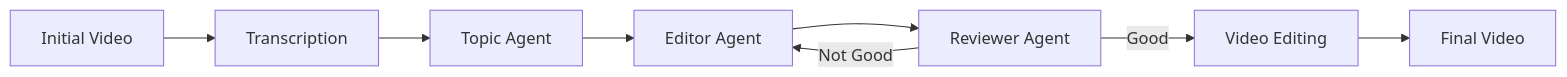
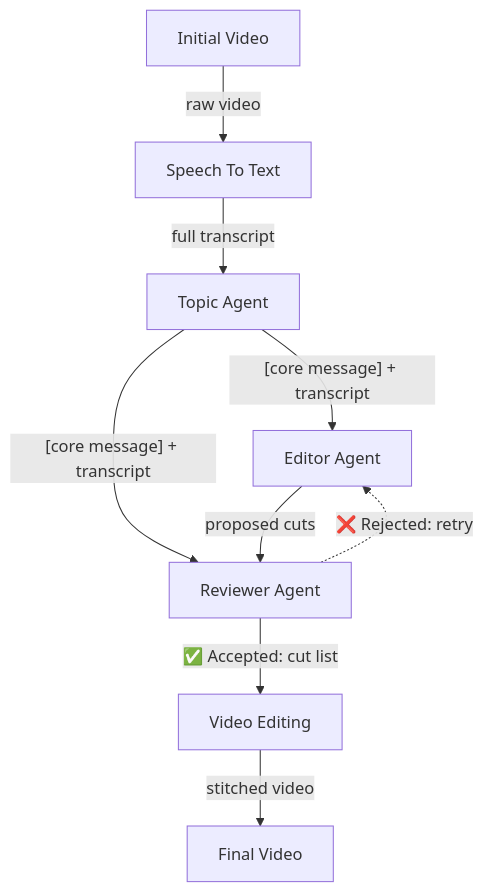
One commit to StefanoPetrilli/golb changed the second of 2 diagrams in _posts/2026-5-23-building-ai-workflows.md. Above: the diagram before and after it, drawn with Mermaid. The commit also changed other lines of this file and 56 other files, not shown here.

````diff
--- a/_posts/2026-5-23-building-ai-workflows.md
+++ b/_posts/2026-5-23-building-ai-workflows.md
@@ -100,10 +101,11 @@
 ```mermaid
-graph LR
-    A[Initial Video] --> B[Transcription]
-    B --> C[Topic Agent]
-    C --> D[Editor Agent]
-    D --> E[Reviewer Agent]
-    E -->|Not Good| D
-    E -->|Good| F[Video Editing]
-    F --> G[Final Video]
+graph TD
+    A[Initial Video] -->|"raw video"| B[Speech To Text]
+    B -->|"full transcript"| C[Topic Agent]
+    C -->|"[core message] + transcript"| D[Editor Agent]
+    C -->|"[core message] + transcript"| E[Reviewer Agent]
+    D -->|"proposed cuts"| E
+    E -.->|"❌ Rejected: retry"| D
+    E -->|"✅ Accepted: cut list"| F[Video Editing]
+    F -->|"stitched video"| G[Final Video]
 ```
````
